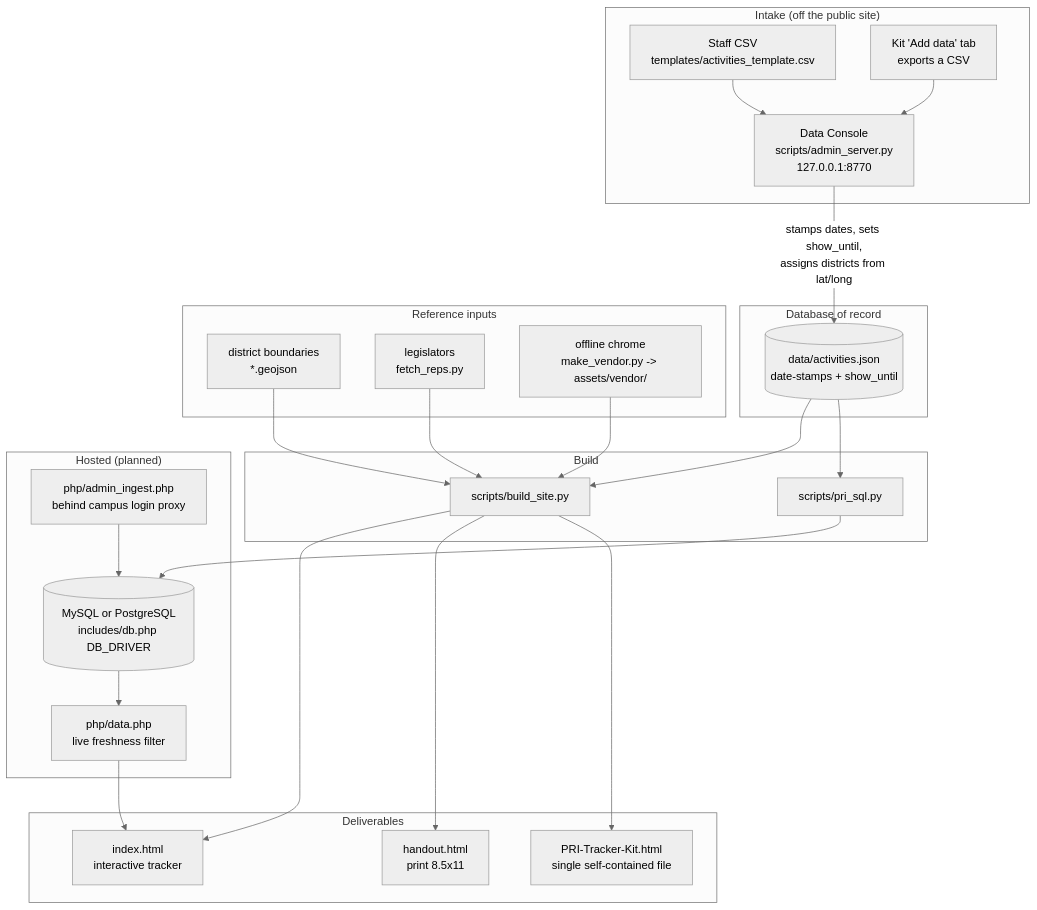
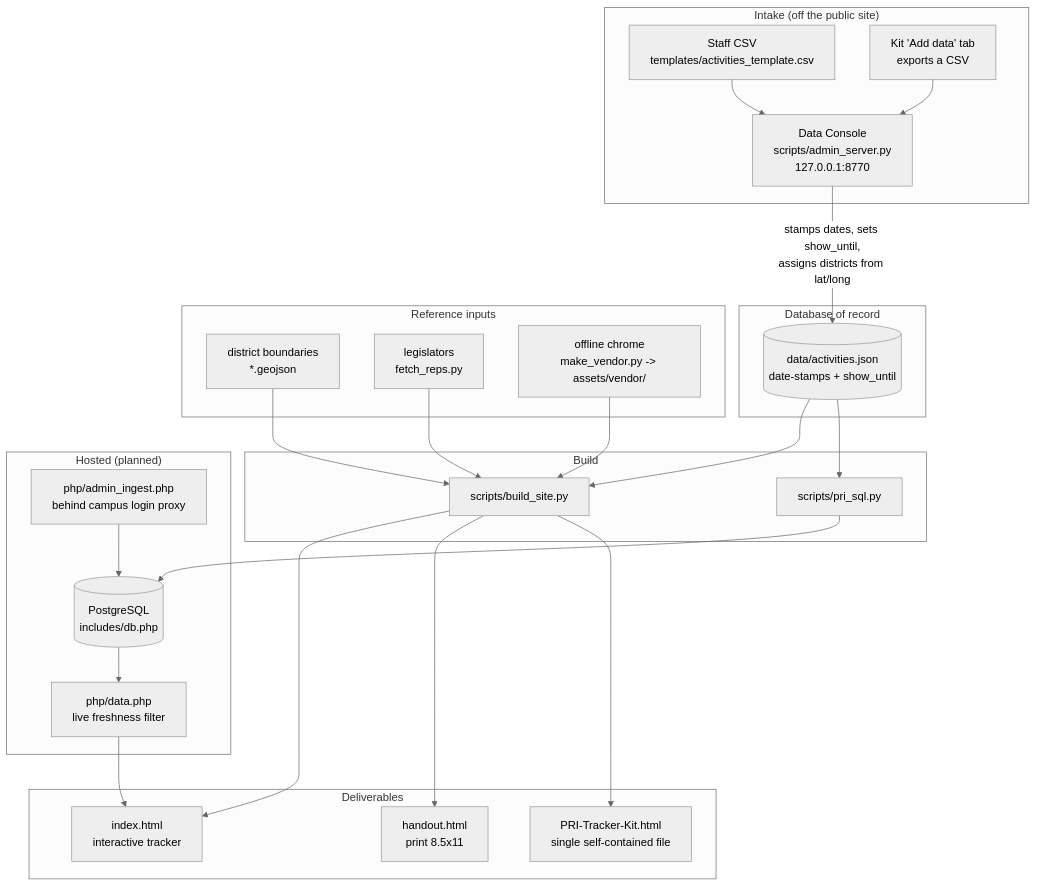
The diagram in docs/architecture.md (PrairieResearchInstitute/PRI-District-Tracker), drawn with Mermaid (neutral theme) before and after one commit. The commit also changed other lines of this file and 45 other files, not shown here.

````diff
--- a/docs/architecture.md
+++ b/docs/architecture.md
@@ -6,47 +6,47 @@
 ```mermaid
 flowchart TD
     subgraph intake["Intake (off the public site)"]
         CSV["Staff CSV<br/>templates/activities_template.csv"]
         KIT["Kit 'Add data' tab<br/>exports a CSV"]
         CONSOLE["Data Console<br/>scripts/admin_server.py<br/>127.0.0.1:8770"]
     end
 
     subgraph record["Database of record"]
         JSON[("data/activities.json<br/>date-stamps + show_until")]
     end
 
     subgraph inputs["Reference inputs"]
         GEO["district boundaries<br/>*.geojson"]
         REPS["legislators<br/>fetch_reps.py"]
         VEND["offline chrome<br/>make_vendor.py -> assets/vendor/"]
     end
 
     subgraph build["Build"]
         BUILD["scripts/build_site.py"]
         SQLGEN["scripts/pri_sql.py"]
     end
 
     subgraph out["Deliverables"]
         IDX["index.html<br/>interactive tracker"]
         HAND["handout.html<br/>print 8.5x11"]
         KITF["PRI-Tracker-Kit.html<br/>single self-contained file"]
     end
 
     subgraph hosted["Hosted (planned)"]
-        MYSQL[("MySQL or PostgreSQL<br/>includes/db.php DB_DRIVER")]
+        PGDB[("PostgreSQL<br/>includes/db.php")]
         PHP["php/data.php<br/>live freshness filter"]
         ADMIN["php/admin_ingest.php<br/>behind campus login proxy"]
     end
 
     CSV --> CONSOLE
     KIT --> CONSOLE
     CONSOLE -->|"stamps dates, sets show_until,<br/>assigns districts from lat/long"| JSON
     JSON --> BUILD
     GEO --> BUILD
     REPS --> BUILD
     VEND --> BUILD
     BUILD --> IDX & HAND & KITF
-    JSON --> SQLGEN --> MYSQL
-    MYSQL --> PHP --> IDX
-    ADMIN --> MYSQL
+    JSON --> SQLGEN --> PGDB
+    PGDB --> PHP --> IDX
+    ADMIN --> PGDB
 ```
````
